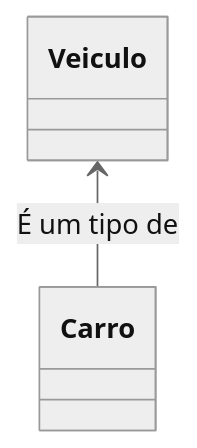
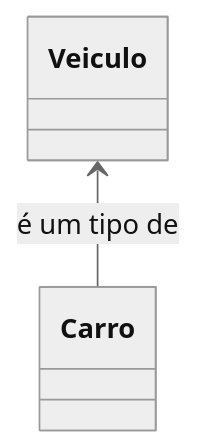
The first of 11 diagrams in 11.md (efojunior/It_NeoCamp_Java), drawn with Mermaid (neutral theme) before and after one commit. The commit also changed other lines of this file, not shown here.

````diff
--- a/11.md
+++ b/11.md
@@ -11,4 +11,4 @@
 ```mermaid
 classDiagram
-Veiculo <-- Carro : É um tipo de 
+Veiculo <-- Carro: é um tipo de
 ```
````
